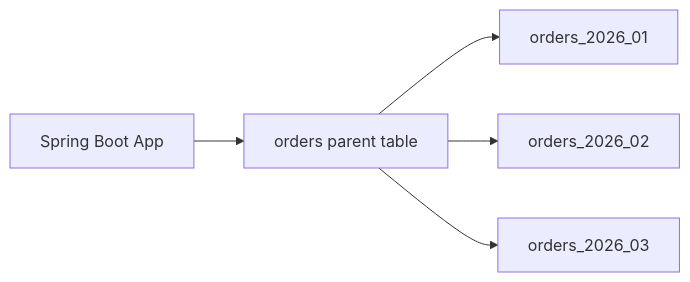
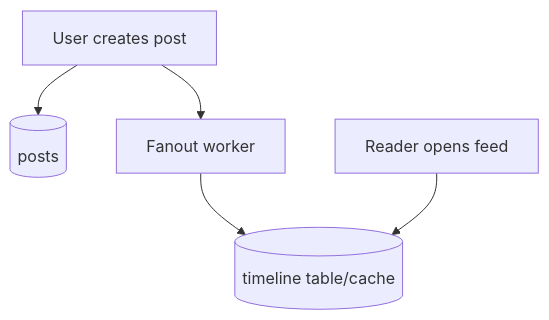
One commit to mthaiseer/springcloud-systemdesign-notes changed diagram 17 of 19 in HLD_NOTES/003_TECHNOLOGY_DEEP_DIVE/rdbms/database_v2.md. Above: the diagram before and after it, drawn with Mermaid. The commit also changed other lines of this file, not shown here.

````diff
--- a/HLD_NOTES/003_TECHNOLOGY_DEEP_DIVE/rdbms/database_v2.md
+++ b/HLD_NOTES/003_TECHNOLOGY_DEEP_DIVE/rdbms/database_v2.md
@@ -1446,7 +954,7 @@
 ```mermaid
-flowchart LR
-    Spring[Spring Boot App] --> Orders[orders parent table]
-    Orders --> P1[orders_2026_01]
-    Orders --> P2[orders_2026_02]
-    Orders --> P3[orders_2026_03]
+flowchart TD
+    UserPost[User creates post] --> PostDB[(posts)]
+    UserPost --> Fanout[Fanout worker]
+    Fanout --> Timeline[(timeline table/cache)]
+    Reader[Reader opens feed] --> Timeline
 ```
````
